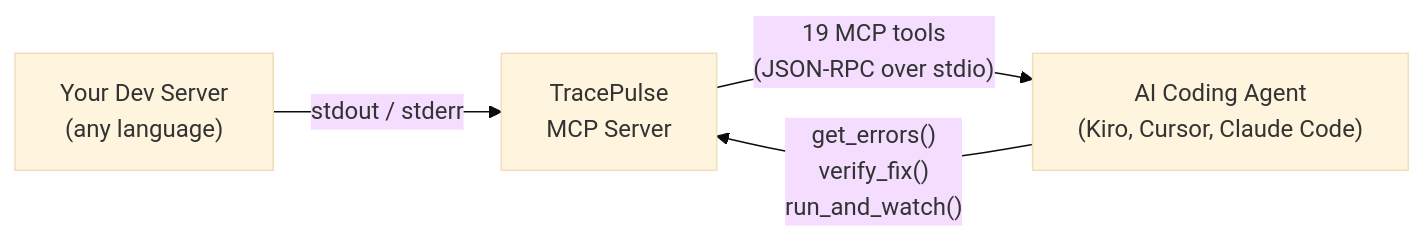
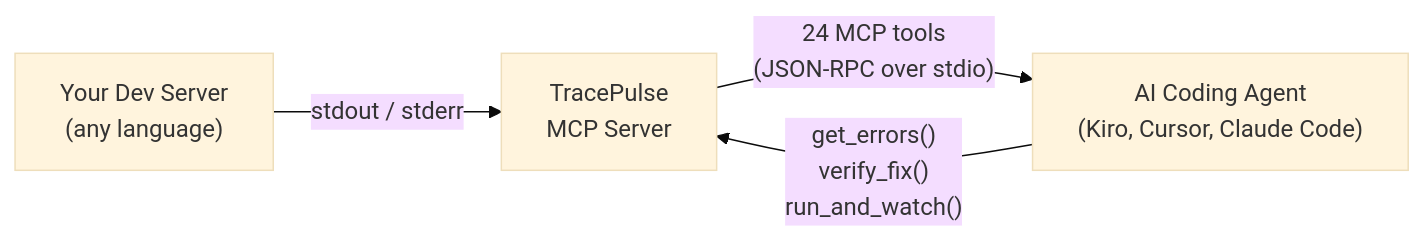
The first of 4 diagrams in gitbook/README.md (sourjya/tracepulse), drawn with Mermaid (base theme) before and after one commit. The commit also changed other lines of this file and 16 other files, not shown here.

````diff
--- a/gitbook/README.md
+++ b/gitbook/README.md
@@ -14,16 +14,16 @@
 ```mermaid
 graph LR
     Dev["Your Dev Server
     (any language)"]
     TP["TracePulse
     MCP Server"]
     Agent["AI Coding Agent
     (Kiro, Cursor, Claude Code)"]
 
     Dev -->|stdout / stderr| TP
-    TP -->|"19 MCP tools
+    TP -->|"24 MCP tools
     (JSON-RPC over stdio)"| Agent
     Agent -->|"get_errors()
     verify_fix()
     run_and_watch()"| TP
 ```
````
